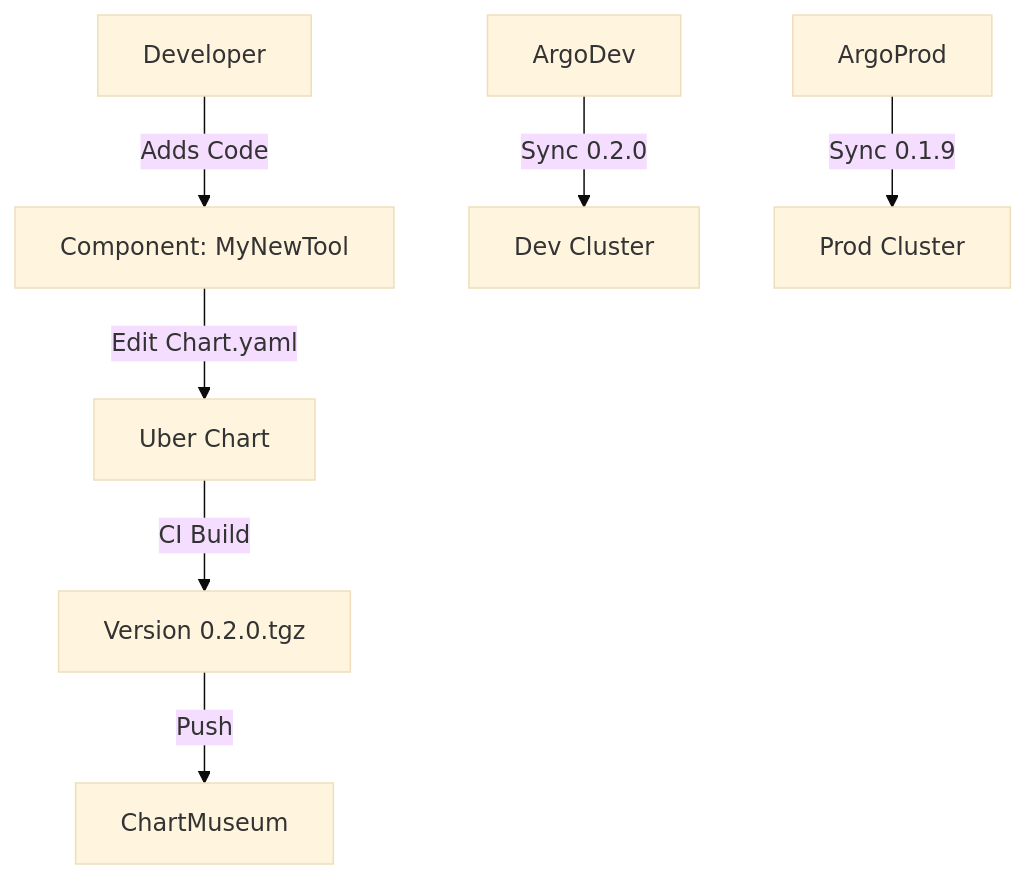
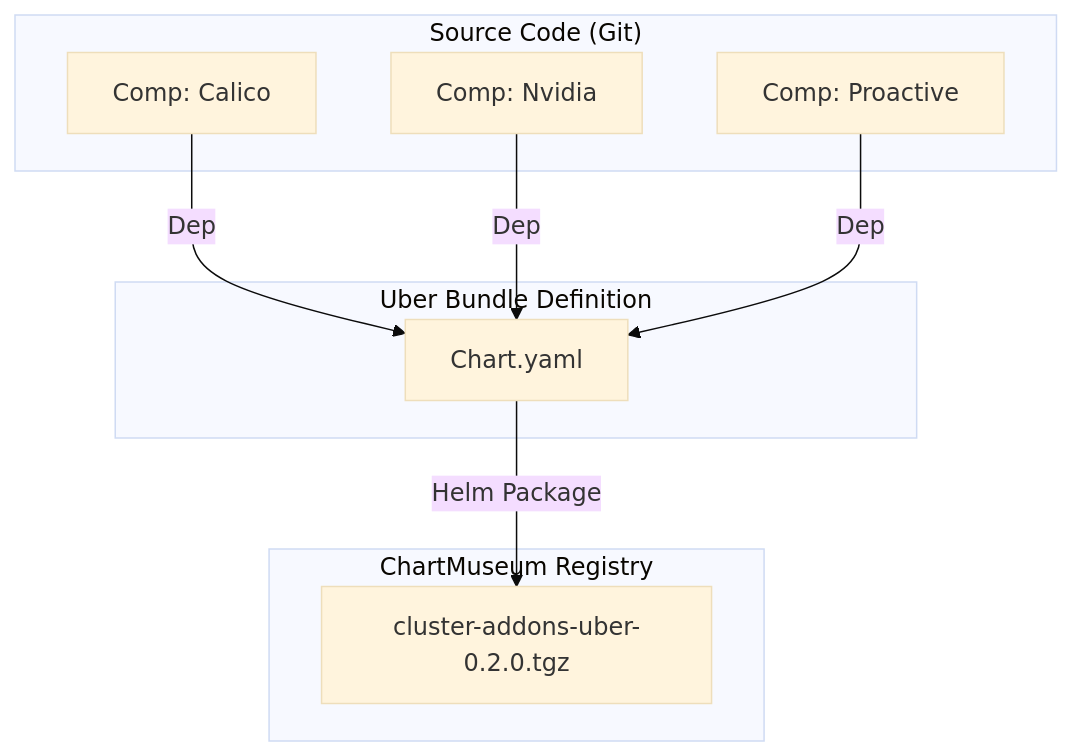
One commit to SrikantaDatta51/k8s-iac changed the third of 6 diagrams in README.md. Above: the diagram before and after it, drawn with Mermaid (base theme). The commit also changed other lines of this file, not shown here.

Commit message:
Docs: Detailed Uber Bundle Strategy with Consumption Diagrams

````diff
--- a/README.md
+++ b/README.md
@@ -218,10 +223,22 @@
 ```mermaid
 graph TD
-    Dev[Developer] -->|Adds Code| Comp[Component: MyNewTool]
-    Comp -->|Edit Chart.yaml| Uber[Uber Chart]
-    Uber -->|CI Build| Artifact[Version 0.2.0.tgz]
-    Artifact -->|Push| Museum[ChartMuseum]
+    subgraph Source["Source Code (Git)"]
+        C1[Comp: Calico]
+        C2[Comp: Nvidia]
+        C3[Comp: Proactive]
+    end
     
-    ArgoDev -->|Sync 0.2.0| ClusterDev[Dev Cluster]
-    ArgoProd -->|Sync 0.1.9| ClusterProd[Prod Cluster]
+    subgraph Definition["Uber Bundle Definition"]
+        Chart[Chart.yaml]
+    end
+    
+    subgraph Artifact["ChartMuseum Registry"]
+        Tgz[cluster-addons-uber-0.2.0.tgz]
+    end
+    
+    C1 -->|Dep| Chart
+    C2 -->|Dep| Chart
+    C3 -->|Dep| Chart
+    
+    Chart -->|Helm Package| Tgz
 ```
````
